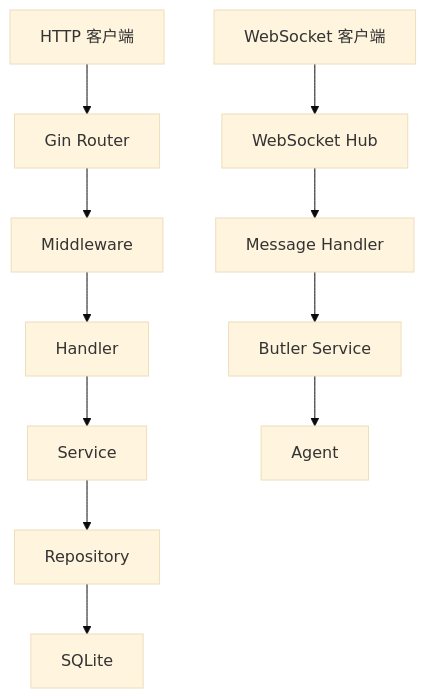
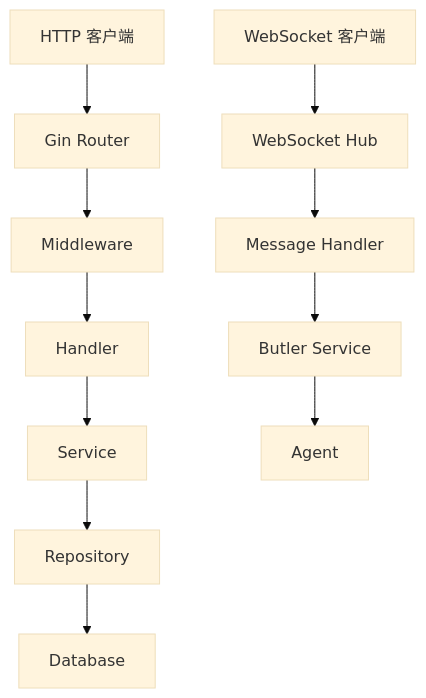
Before and after one commit to L-Rocket/EchoCenter: the diagram in docs/zh/architecture/backend.md, drawn with Mermaid (base theme). The commit also changed other lines of this file and 37 other files, not shown here.

````diff
--- a/docs/zh/architecture/backend.md
+++ b/docs/zh/architecture/backend.md
@@ -73,14 +73,14 @@
 ```mermaid
 graph TD
     A[HTTP 客户端] --> B[Gin Router]
     B --> C[Middleware]
     C --> D[Handler]
     D --> E[Service]
     E --> F[Repository]
-    F --> G[SQLite]
+    F --> G[Database]
     
     H[WebSocket 客户端] --> I[WebSocket Hub]
     I --> J[Message Handler]
     J --> K[Butler Service]
     K --> L[Agent]
 ```
````
